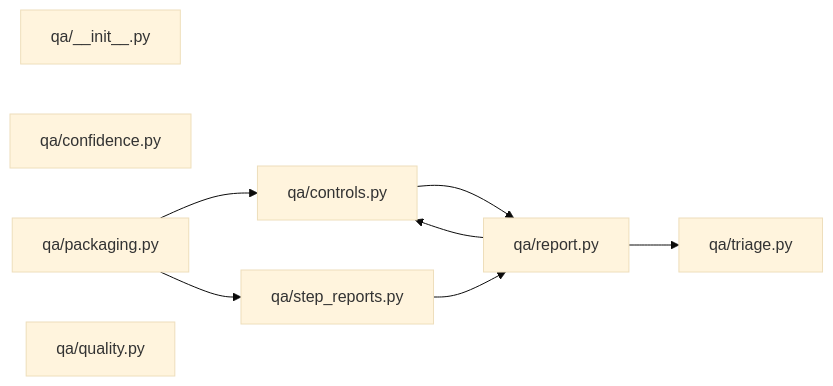
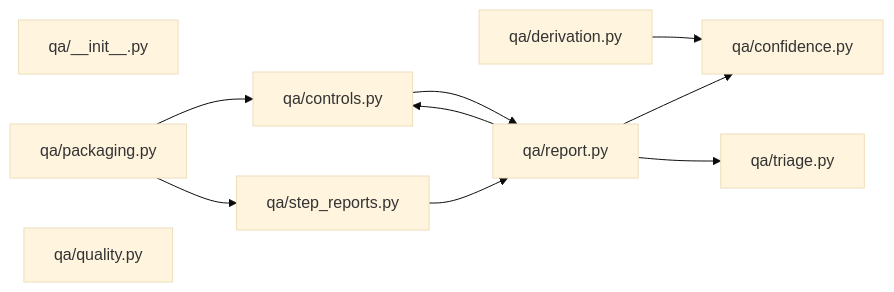
Diagram 14 of 21 in docs/ARCHITECTURE_MAP.md (sarveshtalele/maf-harness-testing), drawn with Mermaid (base theme) before and after one commit. The commit also changed other lines of this file and 8 other files, not shown here.

````diff
--- a/docs/ARCHITECTURE_MAP.md
+++ b/docs/ARCHITECTURE_MAP.md
@@ -399,17 +400,20 @@
 ```mermaid
 flowchart LR
   f0["qa/__init__.py"]
   f1["qa/confidence.py"]
   f2["qa/controls.py"]
-  f3["qa/packaging.py"]
-  f4["qa/quality.py"]
-  f5["qa/report.py"]
-  f6["qa/step_reports.py"]
-  f7["qa/triage.py"]
-  f2 --> f5
-  f3 --> f2
-  f3 --> f6
-  f5 --> f2
-  f5 --> f7
-  f6 --> f5
+  f3["qa/derivation.py"]
+  f4["qa/packaging.py"]
+  f5["qa/quality.py"]
+  f6["qa/report.py"]
+  f7["qa/step_reports.py"]
+  f8["qa/triage.py"]
+  f2 --> f6
+  f3 --> f1
+  f4 --> f2
+  f4 --> f7
+  f6 --> f1
+  f6 --> f2
+  f6 --> f8
+  f7 --> f6
 ```
````
